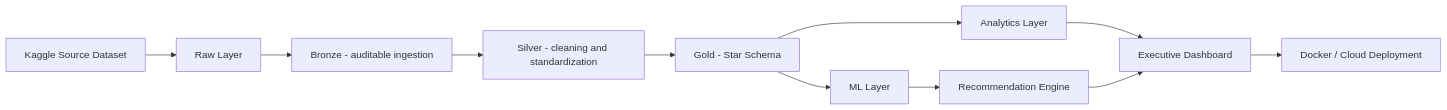
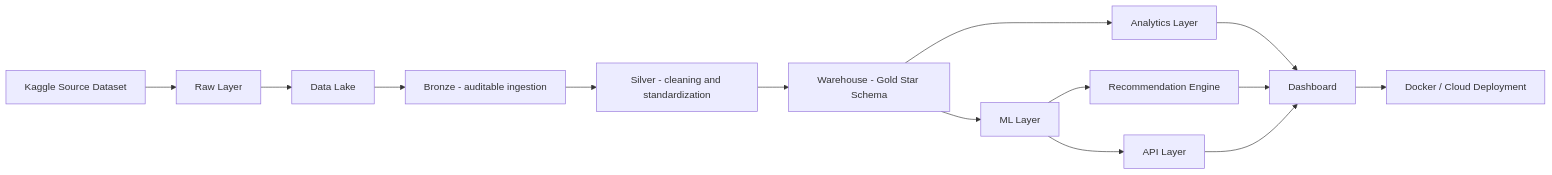
One commit to samuelmaia-analytics/Revenue-Intelligence-Platform-End-to-End-Analytics-ML-System changed the first of 4 diagrams in README.md. Above: the diagram before and after it, drawn with Mermaid. The commit also changed other lines of this file and 6 other files, not shown here.

````diff
--- a/README.md
+++ b/README.md
@@ -101,13 +101,16 @@
 ```mermaid
 flowchart LR
     A[Kaggle Source Dataset] --> B[Raw Layer]
-    B --> C[Bronze - auditable ingestion]
-    C --> D[Silver - cleaning and standardization]
-    D --> E[Gold - Star Schema]
-    E --> F[Analytics Layer]
-    E --> G[ML Layer]
-    G --> H[Recommendation Engine]
-    F --> I[Executive Dashboard]
-    H --> I
-    I --> J[Docker / Cloud Deployment]
+    B --> C[Data Lake]
+    C --> D[Bronze - auditable ingestion]
+    D --> E[Silver - cleaning and standardization]
+    E --> F[Warehouse - Gold Star Schema]
+    F --> G[Analytics Layer]
+    F --> H[ML Layer]
+    H --> I[Recommendation Engine]
+    H --> J[API Layer]
+    G --> K[Dashboard]
+    I --> K
+    J --> K
+    K --> L[Docker / Cloud Deployment]
 ```
````
